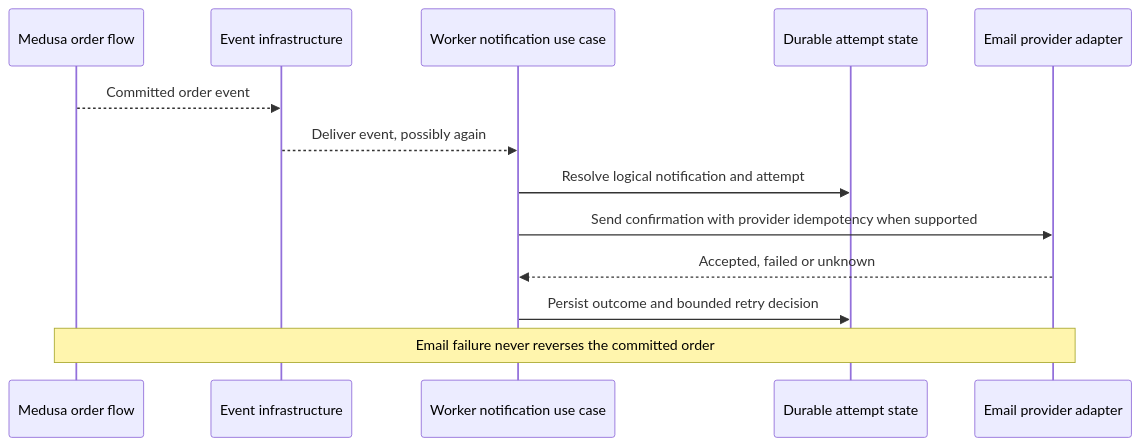
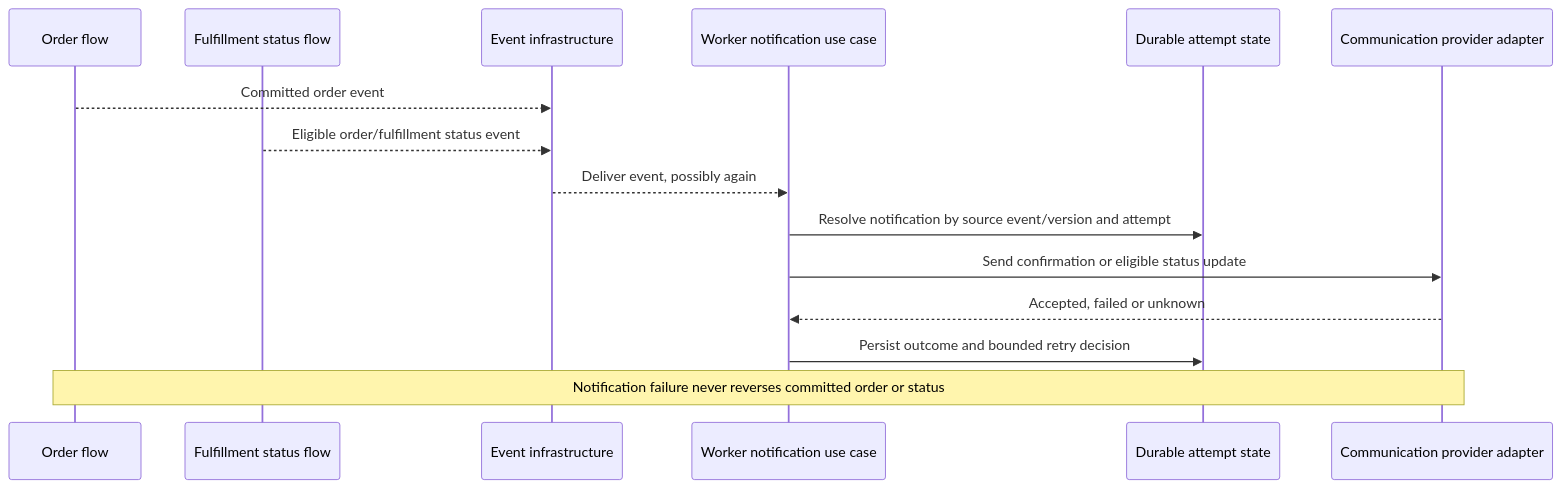
One commit to kieuquy283/EnterpriseE-commercePlatform changed the fourth of 4 diagrams in docs/spec/02-flows.md. Above: the diagram before and after it, drawn with Mermaid. The commit also changed other lines of this file and 49 other files, not shown here.

Commit message:
add order status to customer notifications + some be medusa skills

````diff
--- a/docs/spec/02-flows.md
+++ b/docs/spec/02-flows.md
@@ -151,15 +151,17 @@
 ```mermaid
 sequenceDiagram
-  participant M as Medusa order flow
+  participant M as Order flow
+  participant F as Fulfillment status flow
   participant Q as Event infrastructure
   participant W as Worker notification use case
   participant D as Durable attempt state
-  participant E as Email provider adapter
+  participant E as Communication provider adapter
   M-->>Q: Committed order event
+  F-->>Q: Eligible order/fulfillment status event
   Q-->>W: Deliver event, possibly again
-  W->>D: Resolve logical notification and attempt
-  W->>E: Send confirmation with provider idempotency when supported
+  W->>D: Resolve notification by source event/version and attempt
+  W->>E: Send confirmation or eligible status update
   E-->>W: Accepted, failed or unknown
   W->>D: Persist outcome and bounded retry decision
-  Note over M,E: Email failure never reverses the committed order
+  Note over M,E: Notification failure never reverses committed order or status
 ```
````
